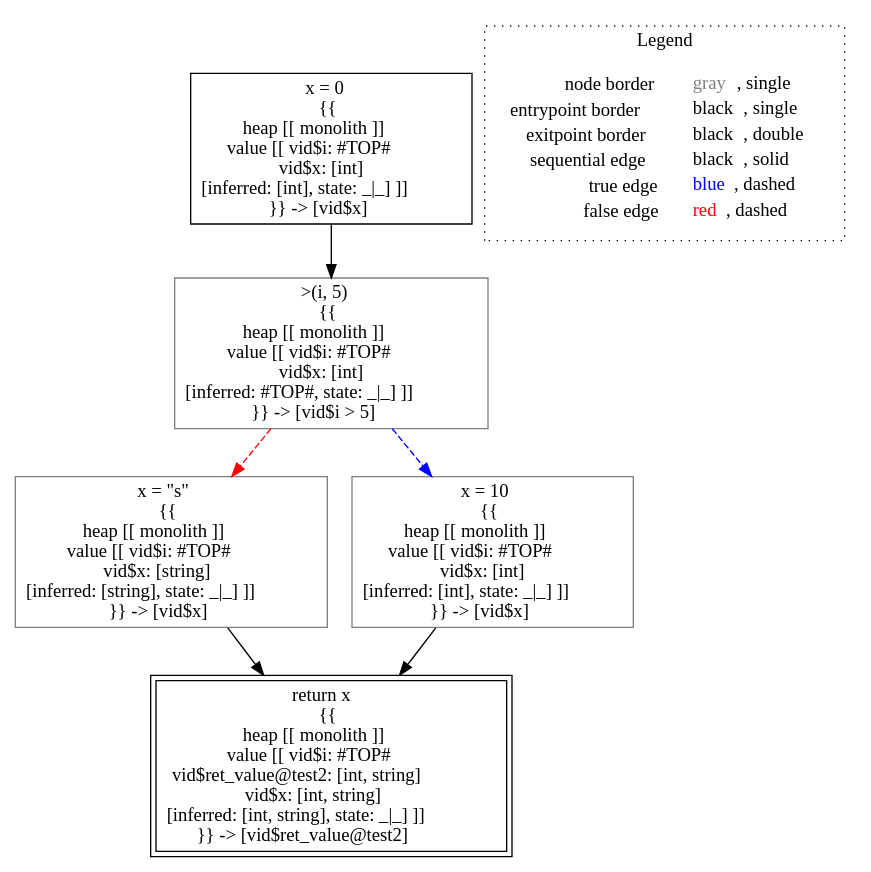
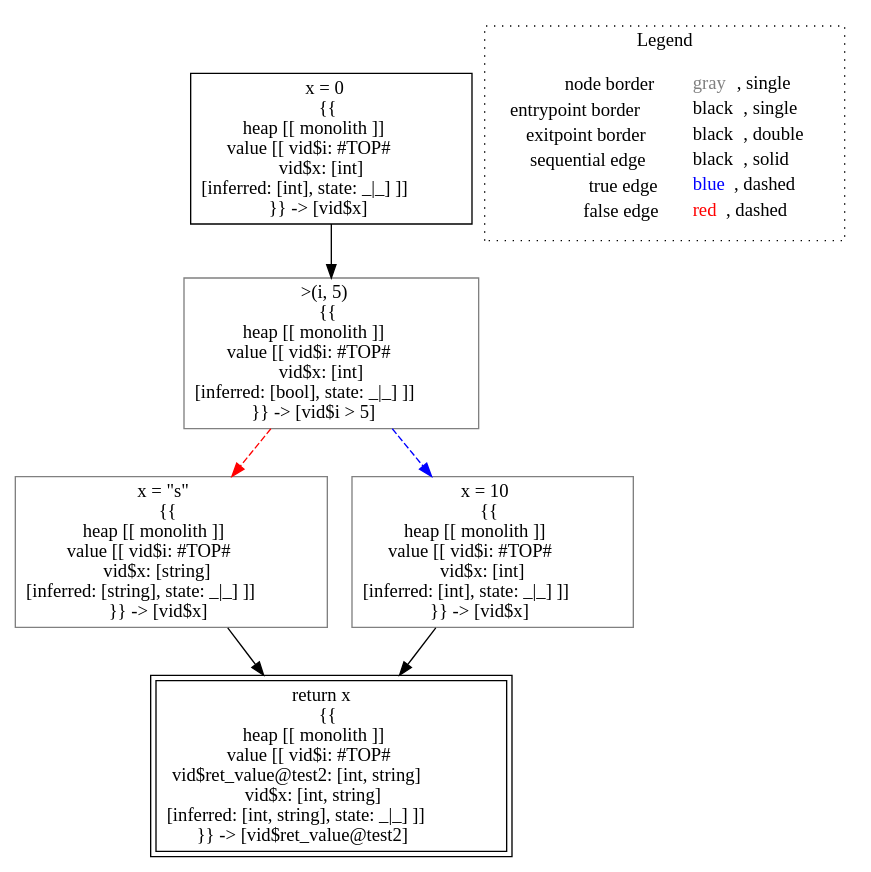
One commit to lisa-analyzer/lisa changed the diagram in lisa/imp-testcases/type-inference/typing___untyped_typing.test2(typing_this,_untyped_i).dot. Above: the diagram before and after it, drawn with Graphviz. The commit also changed 12 other files, not shown here.

Commit message:
#45 recursive evaluation no longer takes automatic action with top value

```diff
--- a/lisa/imp-testcases/type-inference/typing___untyped_typing.test2(typing_this,_untyped_i).dot
+++ b/lisa/imp-testcases/type-inference/typing___untyped_typing.test2(typing_this,_untyped_i).dot
@@ -1,19 +1,19 @@
 digraph {
 	"node0" [shape="rect",color="black",label=<x = 0<BR/>{{<BR/>heap [[ monolith ]]<BR/>value [[ vid$i: #TOP#<BR/>vid$x: [int]<BR/>[inferred: [int], state: _|_] ]]<BR/>}} -&gt; [vid$x]>];
 	"node1" [shape="rect",color="gray",label=<x = &quot;s&quot;<BR/>{{<BR/>heap [[ monolith ]]<BR/>value [[ vid$i: #TOP#<BR/>vid$x: [string]<BR/>[inferred: [string], state: _|_] ]]<BR/>}} -&gt; [vid$x]>];
-	"node2" [shape="rect",color="gray",label=<&gt;(i, 5)<BR/>{{<BR/>heap [[ monolith ]]<BR/>value [[ vid$i: #TOP#<BR/>vid$x: [int]<BR/>[inferred: #TOP#, state: _|_] ]]<BR/>}} -&gt; [vid$i &gt; 5]>];
+	"node2" [shape="rect",color="gray",label=<&gt;(i, 5)<BR/>{{<BR/>heap [[ monolith ]]<BR/>value [[ vid$i: #TOP#<BR/>vid$x: [int]<BR/>[inferred: [bool], state: _|_] ]]<BR/>}} -&gt; [vid$i &gt; 5]>];
 	"node3" [shape="rect",color="black",peripheries="2",label=<return x<BR/>{{<BR/>heap [[ monolith ]]<BR/>value [[ vid$i: #TOP#<BR/>vid$ret_value@test2: [int, string]<BR/>vid$x: [int, string]<BR/>[inferred: [int, string], state: _|_] ]]<BR/>}} -&gt; [vid$ret_value@test2]>];
 	"node4" [shape="rect",color="gray",label=<x = 10<BR/>{{<BR/>heap [[ monolith ]]<BR/>value [[ vid$i: #TOP#<BR/>vid$x: [int]<BR/>[inferred: [int], state: _|_] ]]<BR/>}} -&gt; [vid$x]>];
 	"node1" -> "node3" [color="black"];
 	"node2" -> "node1" [color="red",style="dashed"];
 	"node2" -> "node4" [color="blue",style="dashed"];
 	"node0" -> "node2" [color="black"];
 	"node4" -> "node3" [color="black"];
 subgraph cluster_legend {
 	label="Legend";
 	style=dotted;
 	node [shape=plaintext];
 	"legend" [label=<<table border="0" cellpadding="2" cellspacing="0" cellborder="0"><tr><td align="right">node border&nbsp;</td><td align="left"><font color="gray">gray</font>, single</td></tr><tr><td align="right">entrypoint border&nbsp;</td><td align="left"><font color="black">black</font>, single</td></tr><tr><td align="right">exitpoint border&nbsp;</td><td align="left"><font color="black">black</font>, double</td></tr><tr><td align="right">sequential edge&nbsp;</td><td align="left"><font color="black">black</font>, solid</td></tr><tr><td align="right">true edge&nbsp;</td><td align="left"><font color="blue">blue</font>, dashed</td></tr><tr><td align="right">false edge&nbsp;</td><td align="left"><font color="red">red</font>, dashed</td></tr></table>>];
 }
 
 }
```
